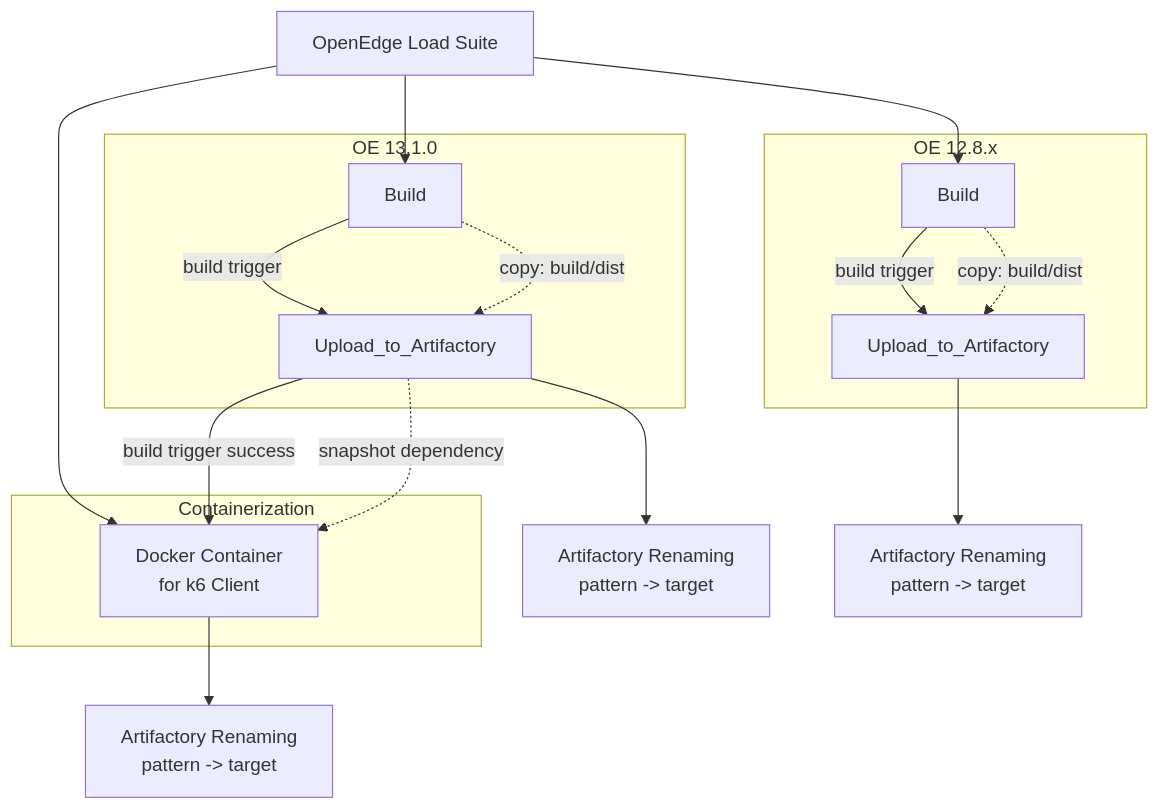
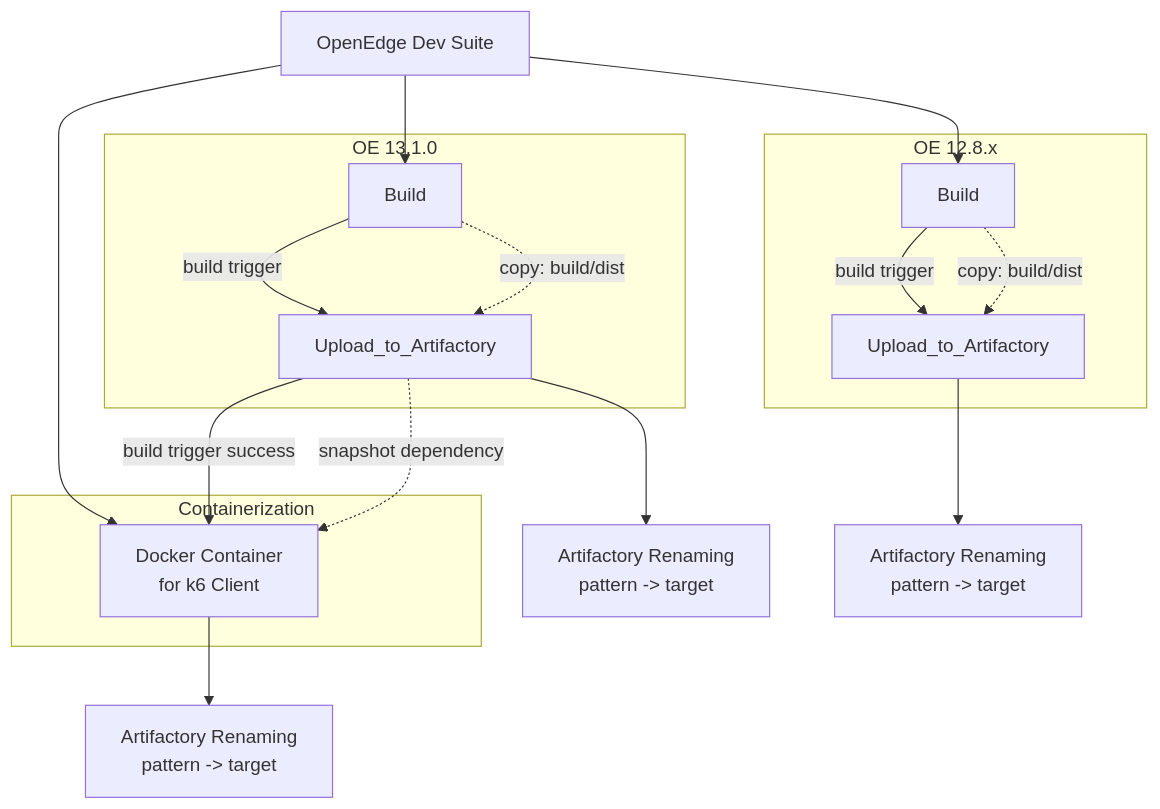
Before and after one commit to KiltedKanuck/PUGWorkshop2026: the diagram in BUILDFLOW.md, drawn with Mermaid. The commit also changed other lines of this file and 22 other files, not shown here.

````diff
--- a/BUILDFLOW.md
+++ b/BUILDFLOW.md
@@ -113,33 +113,33 @@
 ```mermaid
 flowchart TD
-    Root[OpenEdge Load Suite]
+    Root[OpenEdge Dev Suite]
 
     subgraph S128[OE 12.8.x]
         B128[Build]
         U128[Upload_to_Artifactory]
         B128 -->|build trigger| U128
         B128 -.->|copy: build/dist| U128
     end
 
     subgraph S1310[OE 13.1.0]
         B1310[Build]
         U1310[Upload_to_Artifactory]
         B1310 -->|build trigger| U1310
         B1310 -.->|copy: build/dist| U1310
     end
 
     subgraph SC[Containerization]
         K6[Docker Container\nfor k6 Client]
     end
 
     Root --> B128
     Root --> B1310
     Root --> K6
 
     U1310 -->|build trigger success| K6
     U1310 -.->|snapshot dependency| K6
 
     U1310 --> A1310[Artifactory Renaming\npattern -> target]
     U128 --> A128[Artifactory Renaming\npattern -> target]
     K6 --> AC[Artifactory Renaming\npattern -> target]
 ```
````
